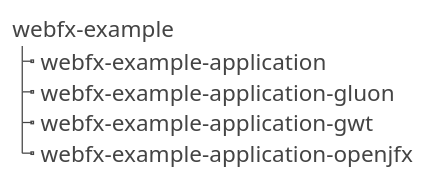
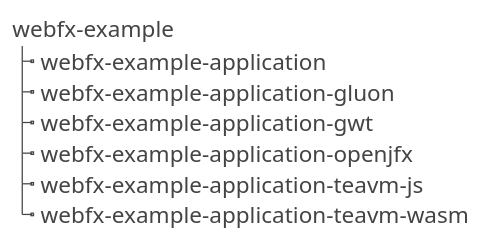
Before and after one commit to webfx-project/webfx-docs: the fifth of 5 diagrams in src/main/asciidoc/webfx-docs.adoc, drawn with PlantUML. The commit also changed other lines of this file, not shown here.

Commit message:
Updated documentation to include teavm options

```diff
--- a/src/main/asciidoc/webfx-docs.adoc
+++ b/src/main/asciidoc/webfx-docs.adoc
@@ -366,16 +370,18 @@
 [plantuml, webfx-example-structure, format=svg]
 ----
 skinparam Legend {
 	BackgroundColor transparent
 	BorderColor transparent
     FontSize 18
     FontColor #444
 }
 legend
 webfx-example
 |_ webfx-example-application
 |_ webfx-example-application-gluon
 |_ webfx-example-application-gwt
 |_ webfx-example-application-openjfx
+|_ webfx-example-application-teavm-js
+|_ webfx-example-application-teavm-wasm
 end legend
 ----
```
